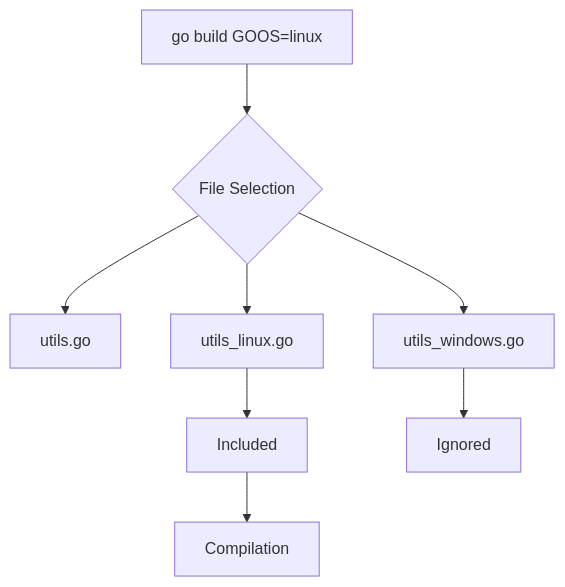
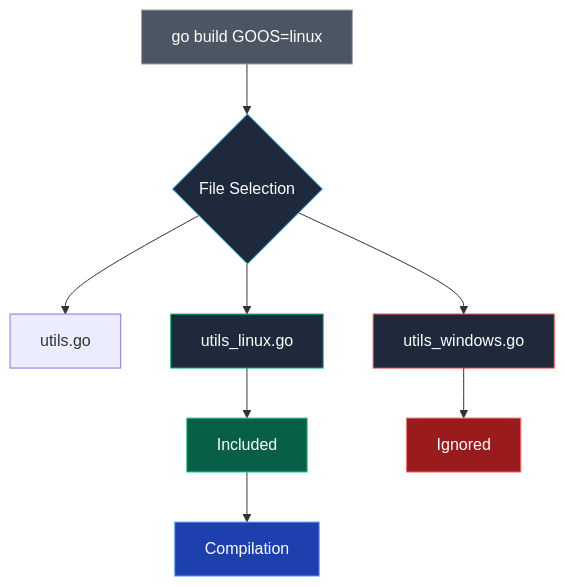
The diagram in sources/8. Инфраструктура языка, Тулинг и CI_CD/33. Сборка под разные платформы.md (UnrealTemplier/go-textbook), drawn with Mermaid before and after one commit. The commit also changed other lines of this file, not shown here.

````diff
--- a/sources/8. Инфраструктура языка, Тулинг и CI_CD/33. Сборка под разные платформы.md
+++ b/sources/8. Инфраструктура языка, Тулинг и CI_CD/33. Сборка под разные платформы.md
@@ -74,13 +82,21 @@
 ```mermaid
 flowchart TD
     A["go build GOOS=linux"] --> B{"File Selection"}
     
     B --> C["utils.go"]
     B --> D["utils_linux.go"]
     B --> E["utils_windows.go"]
     
     D --> F["Included"]
     E --> G["Ignored"]
     
     F --> H["Compilation"]
+    
+    style A fill:#4b5563,stroke:#9ca3af,color:#fff
+    style B fill:#1e293b,stroke:#38bdf8,color:#fff
+    style D fill:#1e293b,stroke:#10b981,color:#fff
+    style E fill:#1e293b,stroke:#ef4444,color:#fff
+    style F fill:#065f46,stroke:#34d399,color:#fff
+    style G fill:#991b1b,stroke:#f87171,color:#fff
+    style H fill:#1e40af,stroke:#60a5fa,color:#fff
 ```
````
